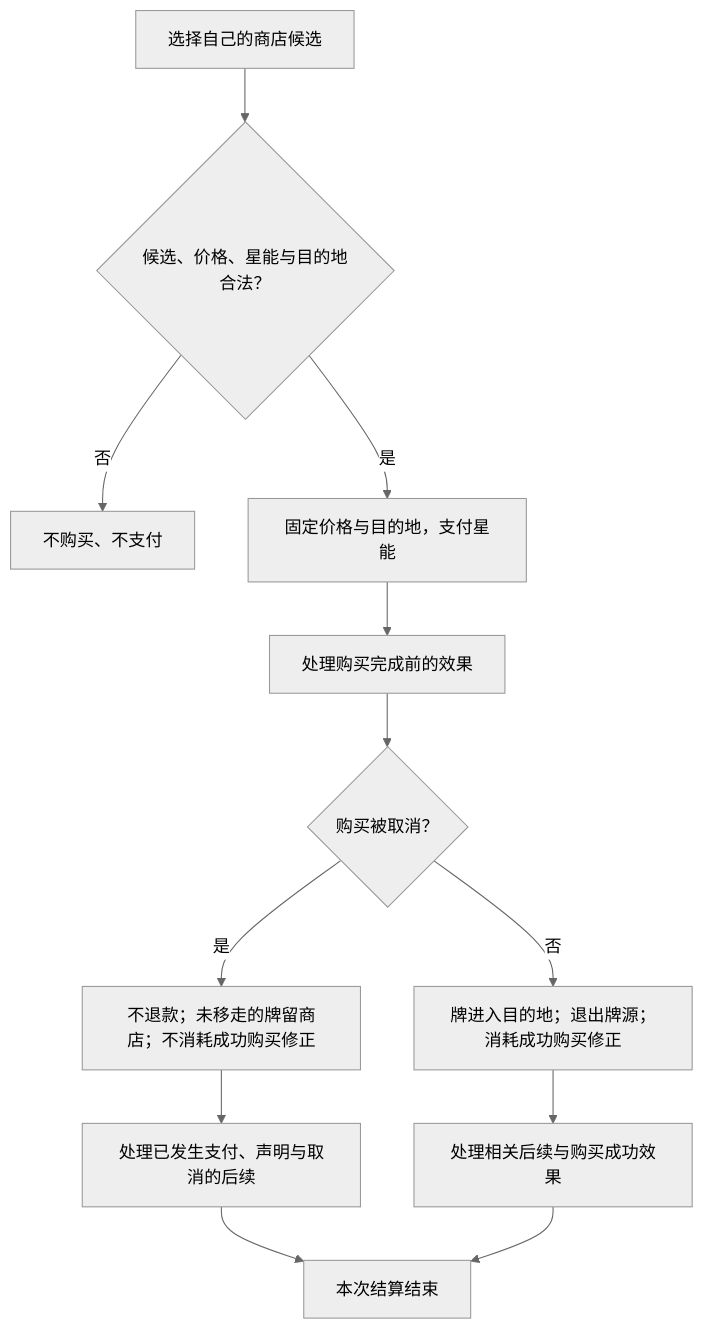
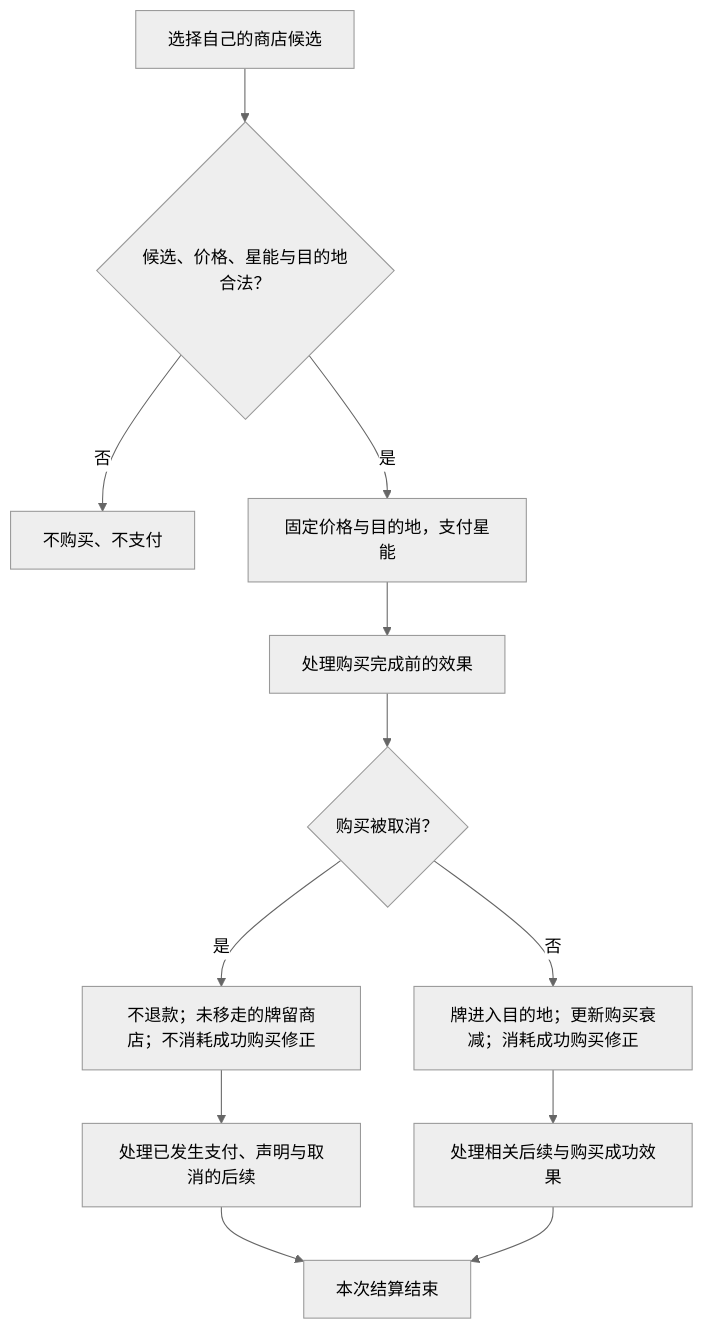
Before and after one commit to Time-Block-Hero/tbh-website: the diagram in docs/rules/common/economy.md, drawn with Mermaid (neutral theme). The commit also changed other lines of this file and 27 other files, not shown here.

````diff
--- a/docs/rules/common/economy.md
+++ b/docs/rules/common/economy.md
@@ -95,14 +107,14 @@
 ```mermaid
 flowchart TD
   choose["选择自己的商店候选"] --> check{"候选、价格、星能与目的地合法？"}
   check -->|否| reject["不购买、不支付"]
   check -->|是| pay["固定价格与目的地，支付星能"]
   pay --> before["处理购买完成前的效果"]
   before --> cancel{"购买被取消？"}
   cancel -->|是| failed["不退款；未移走的牌留商店；不消耗成功购买修正"]
-  cancel -->|否| success["牌进入目的地；退出牌源；消耗成功购买修正"]
+  cancel -->|否| success["牌进入目的地；更新购买衰减；消耗成功购买修正"]
   success --> follow["处理相关后续与购买成功效果"]
   failed --> canceledFollow["处理已发生支付、声明与取消的后续"]
   canceledFollow --> done["本次结算结束"]
   follow --> done
 ```
````
